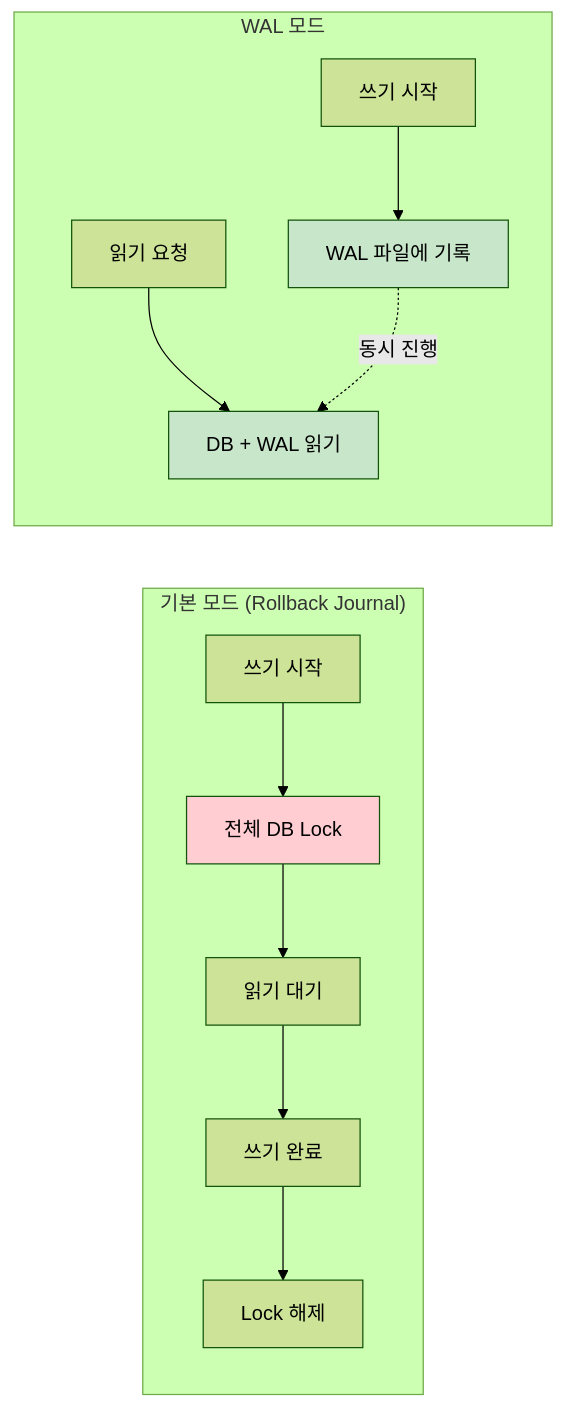
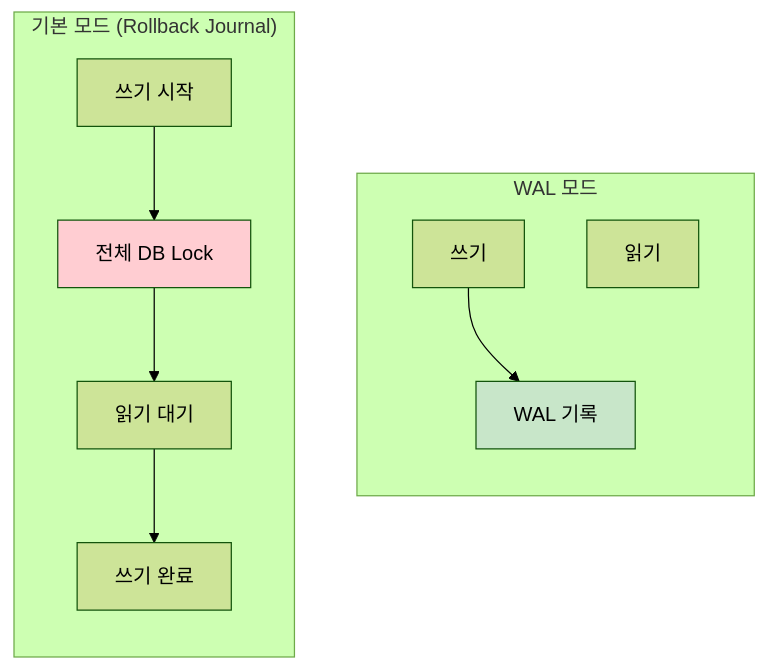
The first of 4 diagrams in content/posts/2025-11-18-sqlite-wal-high-throughput.md (Gyeom/dev-notes), drawn with Mermaid (forest theme) before and after one commit. The commit also changed other lines of this file and 7 other files, not shown here.

First line of the commit message:
Fix: 전체 포스트 Mermaid 다이어그램 가로 배치 적용

````diff
--- a/content/posts/2025-11-18-sqlite-wal-high-throughput.md
+++ b/content/posts/2025-11-18-sqlite-wal-high-throughput.md
@@ -31,21 +31,16 @@
 ```mermaid
 flowchart LR
     subgraph Rollback["기본 모드 (Rollback Journal)"]
-        direction TB
-        R1[쓰기 시작] --> R2[전체 DB Lock]
-        R2 --> R3[읽기 대기]
-        R3 --> R4[쓰기 완료]
-        R4 --> R5[Lock 해제]
+        R1[쓰기 시작] --> R2[전체 DB Lock] --> R3[읽기 대기] --> R4[쓰기 완료]
     end
 
     subgraph WAL["WAL 모드"]
-        direction TB
-        W1[쓰기 시작] --> W2[WAL 파일에 기록]
-        W3[읽기 요청] --> W4[DB + WAL 읽기]
-        W2 -.->|동시 진행| W4
+        W1[쓰기] --> W2[WAL 기록]
+        W3[읽기] ~~~ W2
     end
+
+    Rollback ~~~ WAL
 
     style R2 fill:#FFCDD2
     style W2 fill:#C8E6C9
-    style W4 fill:#C8E6C9
 ```
````
